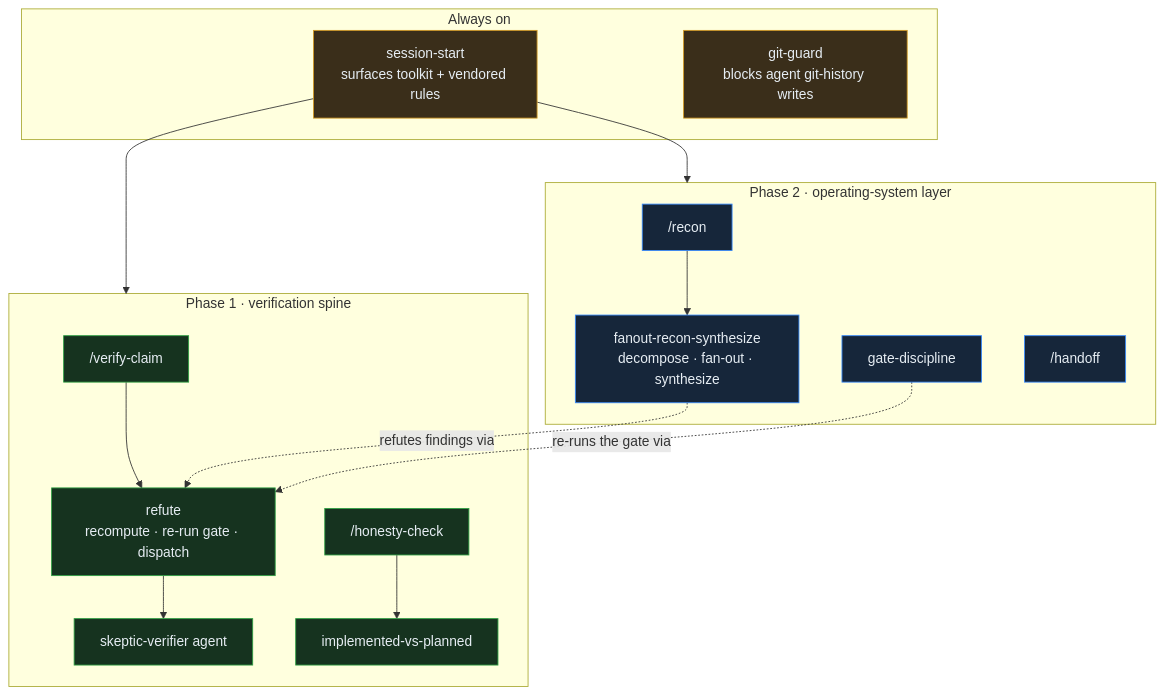
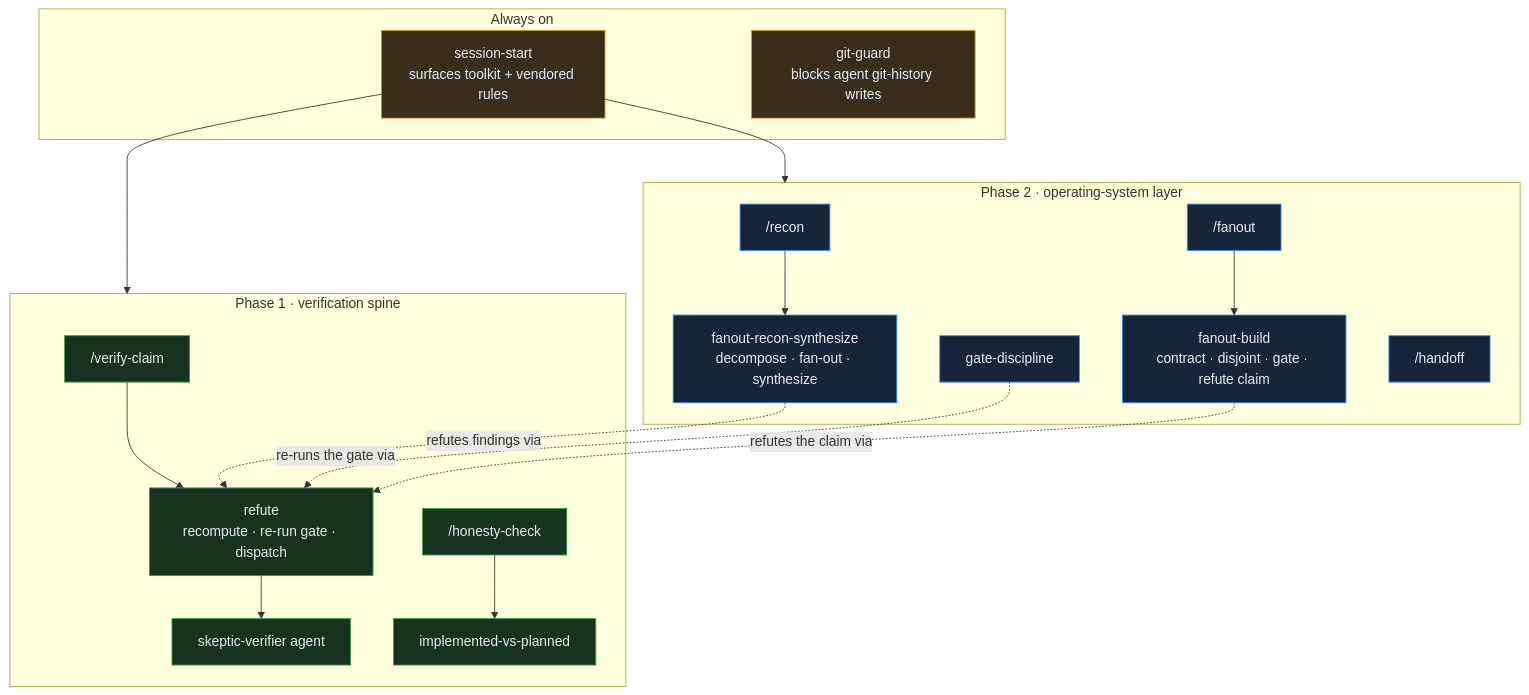
One commit to hossainpazooki/rigor changed the first of 2 diagrams in README.md. Above: the diagram before and after it, drawn with Mermaid. The commit also changed other lines of this file and 1 other file, not shown here.

````diff
--- a/README.md
+++ b/README.md
@@ -18,31 +18,33 @@
 ```mermaid
 graph TD
     subgraph always["Always on"]
         SS["session-start<br/>surfaces toolkit + vendored rules"]
         GG["git-guard<br/>blocks agent git-history writes"]
     end
 
     subgraph spine["Phase 1 · verification spine"]
         VC["/verify-claim"] --> REF["refute<br/>recompute · re-run gate · dispatch"]
         REF --> SK["skeptic-verifier agent"]
         HC["/honesty-check"] --> IVP["implemented-vs-planned"]
     end
 
     subgraph osys["Phase 2 · operating-system layer"]
         RC["/recon"] --> FRS["fanout-recon-synthesize<br/>decompose · fan-out · synthesize"]
+        FB["/fanout"] --> FBS["fanout-build<br/>contract · disjoint · gate · refute claim"]
         GD["gate-discipline"]
         HO["/handoff"]
     end
 
     SS --> spine
     SS --> osys
     FRS -. refutes findings via .-> REF
     GD -. re-runs the gate via .-> REF
+    FBS -. refutes the claim via .-> REF
 
     classDef always fill:#3a2e1a,stroke:#d29922,color:#e6edf3;
     classDef p1 fill:#16331f,stroke:#2ea043,color:#e6edf3;
     classDef p2 fill:#16263a,stroke:#388bfd,color:#e6edf3;
     class SS,GG always;
     class VC,REF,SK,HC,IVP p1;
-    class RC,FRS,GD,HO p2;
+    class RC,FRS,GD,HO,FB,FBS p2;
 ```
````
